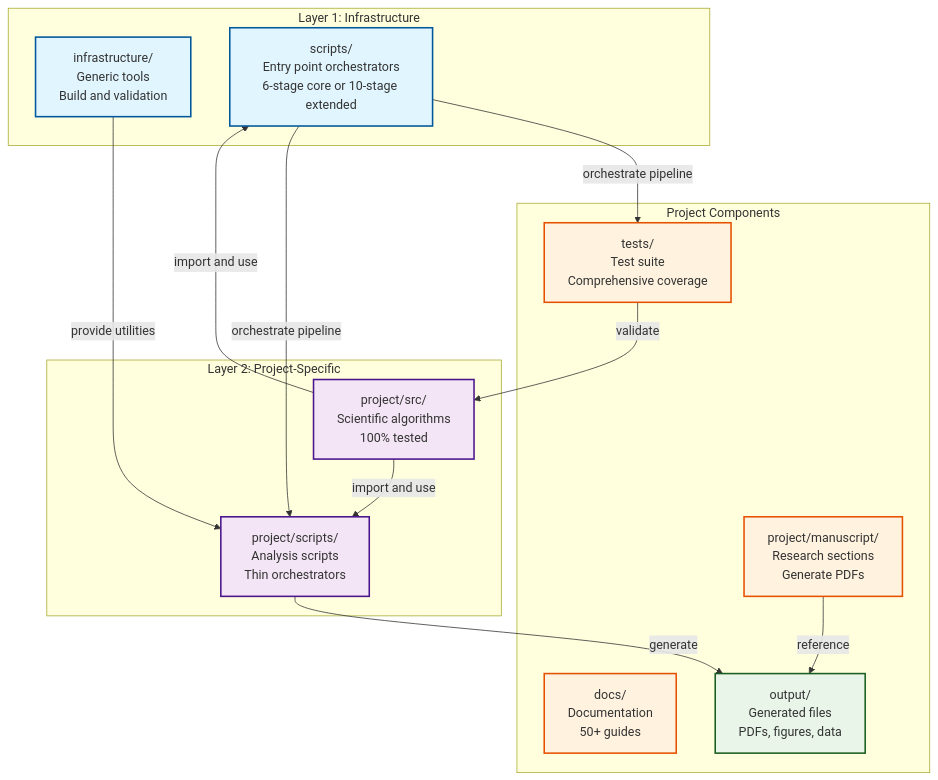
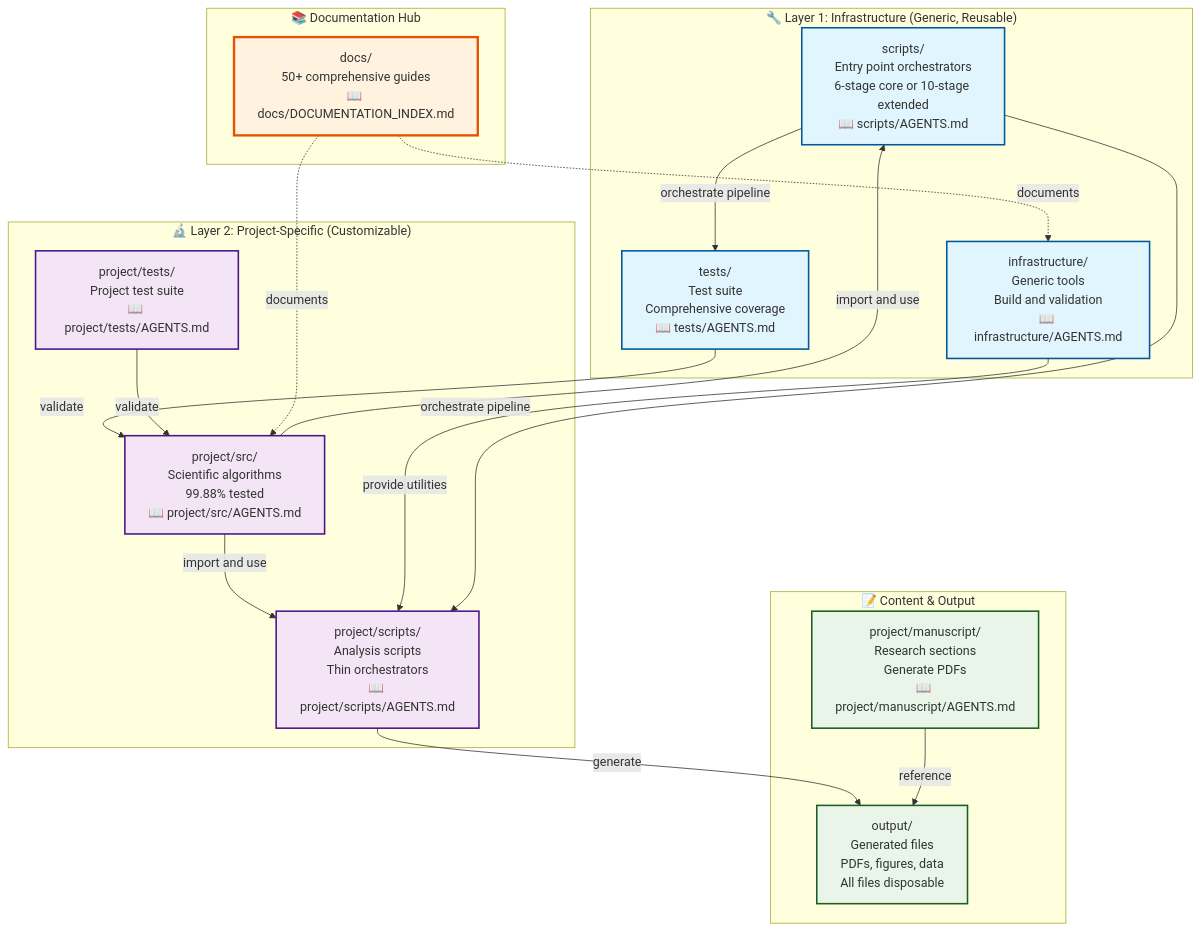
One commit to docxology/template changed the fifth of 9 diagrams in README.md. Above: the diagram before and after it, drawn with Mermaid. The commit also changed other lines of this file and 229 other files, not shown here.

````diff
--- a/README.md
+++ b/README.md
@@ -313,38 +357,45 @@
 ```mermaid
 graph TB
-    subgraph L1["Layer 1: Infrastructure"]
-        INFRA[infrastructure/<br/>Generic tools<br/>Build and validation]
-        INFRA_SCRIPTS[scripts/<br/>Entry point orchestrators<br/>6-stage core or 10-stage extended]
+    subgraph L1["🔧 Layer 1: Infrastructure (Generic, Reusable)"]
+        INFRA[infrastructure/<br/>Generic tools<br/>Build and validation<br/>📖 infrastructure/AGENTS.md]
+        INFRA_SCRIPTS[scripts/<br/>Entry point orchestrators<br/>6-stage core or 10-stage extended<br/>📖 scripts/AGENTS.md]
+        TESTS[tests/<br/>Test suite<br/>Comprehensive coverage<br/>📖 tests/AGENTS.md]
     end
     
-    subgraph L2["Layer 2: Project-Specific"]
-        SRC[project/src/<br/>Scientific algorithms<br/>100% tested]
-        SCRIPTS[project/scripts/<br/>Analysis scripts<br/>Thin orchestrators]
+    subgraph L2["🔬 Layer 2: Project-Specific (Customizable)"]
+        SRC[project/src/<br/>Scientific algorithms<br/>99.88% tested<br/>📖 project/src/AGENTS.md]
+        SCRIPTS[project/scripts/<br/>Analysis scripts<br/>Thin orchestrators<br/>📖 project/scripts/AGENTS.md]
+        PROJECT_TESTS[project/tests/<br/>Project test suite<br/>📖 project/tests/AGENTS.md]
     end
     
-    subgraph PC["Project Components"]
-        TESTS[tests/<br/>Test suite<br/>Comprehensive coverage]
-        DOCS[docs/<br/>Documentation<br/>50+ guides]
-        MANUSCRIPT[project/manuscript/<br/>Research sections<br/>Generate PDFs]
-        OUTPUT[output/<br/>Generated files<br/>PDFs, figures, data]
+    subgraph DOCS["📚 Documentation Hub"]
+        DOCS_DIR[docs/<br/>50+ comprehensive guides<br/>📖 docs/DOCUMENTATION_INDEX.md]
+    end
+    
+    subgraph CONTENT["📝 Content & Output"]
+        MANUSCRIPT[project/manuscript/<br/>Research sections<br/>Generate PDFs<br/>📖 project/manuscript/AGENTS.md]
+        OUTPUT[output/<br/>Generated files<br/>PDFs, figures, data<br/>All files disposable]
     end
     
     SRC -->|import and use| SCRIPTS
     SRC -->|import and use| INFRA_SCRIPTS
     INFRA -->|provide utilities| SCRIPTS
     SCRIPTS -->|generate| OUTPUT
     INFRA_SCRIPTS -->|orchestrate pipeline| TESTS
     INFRA_SCRIPTS -->|orchestrate pipeline| SCRIPTS
     MANUSCRIPT -->|reference| OUTPUT
     TESTS -->|validate| SRC
+    PROJECT_TESTS -->|validate| SRC
+    DOCS_DIR -.->|documents| INFRA
+    DOCS_DIR -.->|documents| SRC
     
     classDef layer1 fill:#e1f5fe,stroke:#01579b,stroke-width:2px
     classDef layer2 fill:#f3e5f5,stroke:#4a148c,stroke-width:2px
-    classDef core fill:#fff3e0,stroke:#e65100,stroke-width:2px
-    classDef output fill:#e8f5e8,stroke:#1b5e20,stroke-width:2px
+    classDef docs fill:#fff3e0,stroke:#e65100,stroke-width:3px
+    classDef content fill:#e8f5e8,stroke:#1b5e20,stroke-width:2px
     
-    class INFRA,INFRA_SCRIPTS layer1
-    class SRC,SCRIPTS layer2
-    class TESTS,DOCS,MANUSCRIPT core
-    class OUTPUT output
+    class INFRA,INFRA_SCRIPTS,TESTS layer1
+    class SRC,SCRIPTS,PROJECT_TESTS layer2
+    class DOCS_DIR docs
+    class MANUSCRIPT,OUTPUT content
 ```
````
